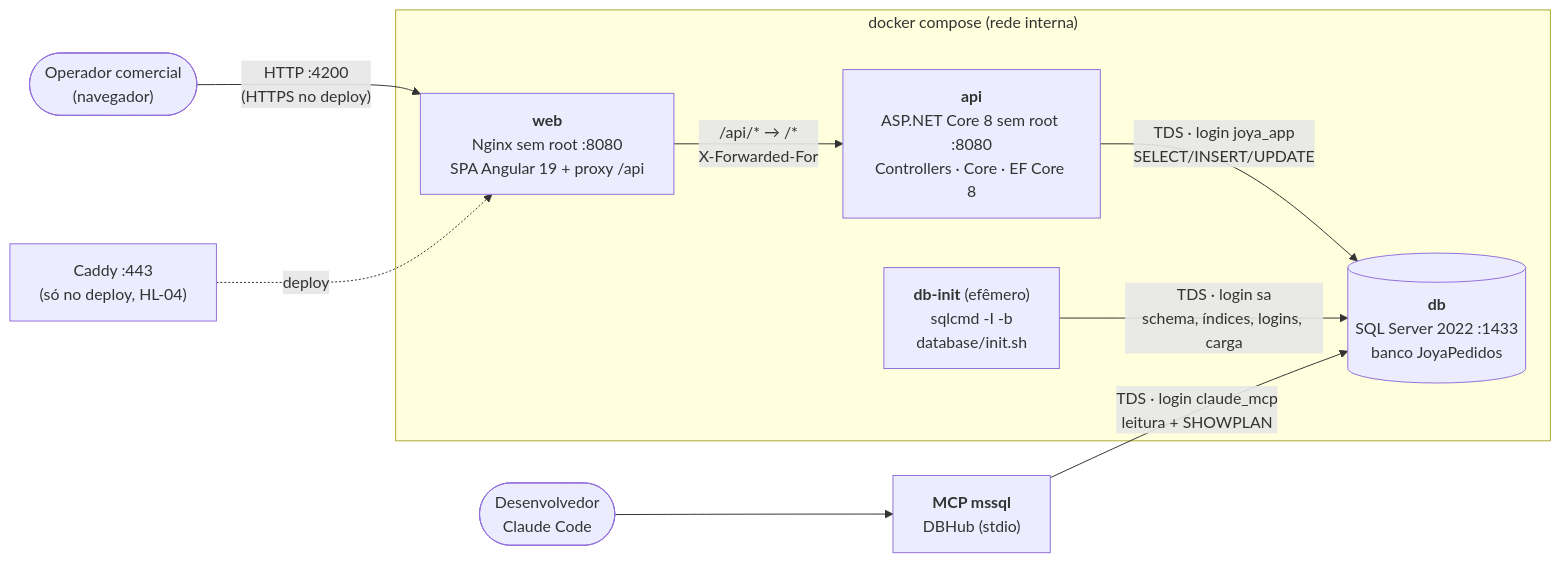
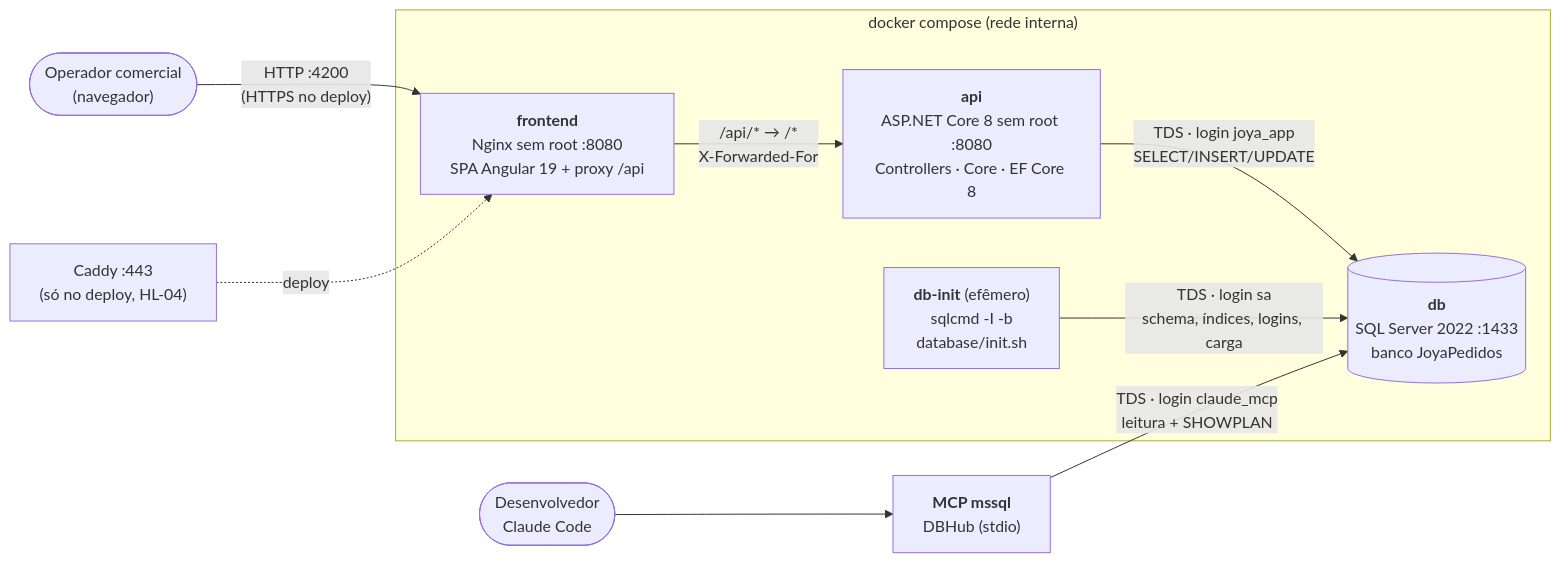
The first of 4 diagrams in docs/esteira/02-arquitetura.md (gustavo-hf-simoes/technical-test-joya-solutions), drawn with Mermaid before and after one commit. The commit also changed other lines of this file and 10 other files, not shown here.

````diff
--- a/docs/esteira/02-arquitetura.md
+++ b/docs/esteira/02-arquitetura.md
@@ -44,23 +44,23 @@
 ```mermaid
 flowchart LR
     usuario(["Operador comercial<br/>(navegador)"])
     dev(["Desenvolvedor<br/>Claude Code"])
 
     subgraph compose["docker compose (rede interna)"]
-        web["<b>web</b><br/>Nginx sem root :8080<br/>SPA Angular 19 + proxy /api"]
+        frontend["<b>frontend</b><br/>Nginx sem root :8080<br/>SPA Angular 19 + proxy /api"]
         api["<b>api</b><br/>ASP.NET Core 8 sem root :8080<br/>Controllers · Core · EF Core 8"]
         db[("<b>db</b><br/>SQL Server 2022 :1433<br/>banco JoyaPedidos")]
         dbinit["<b>db-init</b> (efêmero)<br/>sqlcmd -I -b<br/>database/init.sh"]
     end
 
     mcp["<b>MCP mssql</b><br/>DBHub (stdio)"]
     caddy["Caddy :443<br/>(só no deploy, HL-04)"]
 
-    usuario -- "HTTP :4200<br/>(HTTPS no deploy)" --> web
-    caddy -. "deploy" .-> web
-    web -- "/api/* → /*<br/>X-Forwarded-For" --> api
+    usuario -- "HTTP :4200<br/>(HTTPS no deploy)" --> frontend
+    caddy -. "deploy" .-> frontend
+    frontend -- "/api/* → /*<br/>X-Forwarded-For" --> api
     api -- "TDS · login joya_app<br/>SELECT/INSERT/UPDATE" --> db
     dbinit -- "TDS · login sa<br/>schema, índices, logins, carga" --> db
     dev --> mcp
     mcp -- "TDS · login claude_mcp<br/>leitura + SHOWPLAN" --> db
 ```
````
